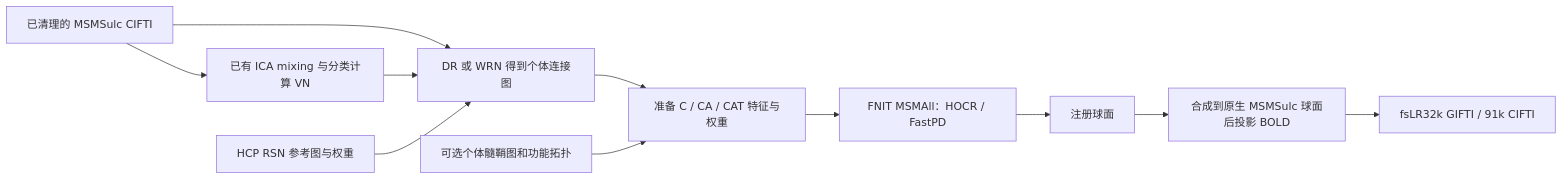
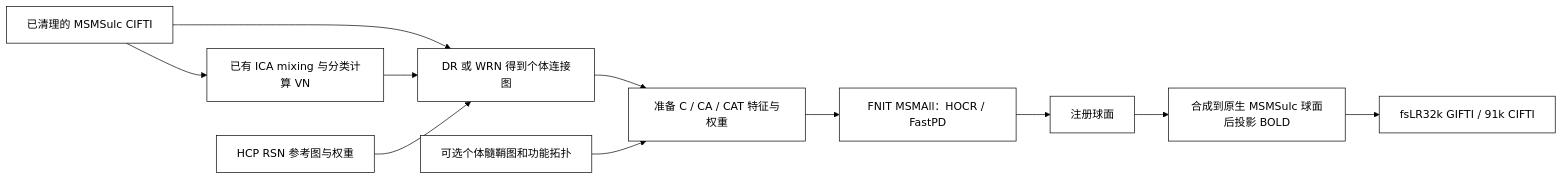
One commit to weikanggong1/Fudan-Neuroimaging-toolkit changed the diagram in docs/msm/msmall.md. Above: the diagram before and after it, drawn with Mermaid. The commit also changed other lines of this file and 12 other files, not shown here.

````diff
--- a/docs/msm/msmall.md
+++ b/docs/msm/msmall.md
@@ -9,13 +17,14 @@
 ```mermaid
+%%{init: {"theme": "base", "themeVariables": {"primaryColor": "#ffffff", "primaryTextColor": "#000000", "primaryBorderColor": "#000000", "lineColor": "#000000"}}}%%
 flowchart LR
     B[已清理的 MSMSulc CIFTI] --> V[已有 ICA mixing 与分类计算 VN]
     B --> R[DR 或 WRN 得到个体连接图]
     V --> R
     A[HCP RSN 参考图与权重] --> R
     R --> F[准备 C / CA / CAT 特征与权重]
     M[可选个体髓鞘图和功能拓扑] --> F
     F --> S[FNIT MSMAll：HOCR / FastPD]
     S --> W[注册球面]
     W --> P[合成到原生 MSMSulc 球面后投影 BOLD]
     P --> O[fsLR32k GIFTI / 91k CIFTI]
 ```
````
